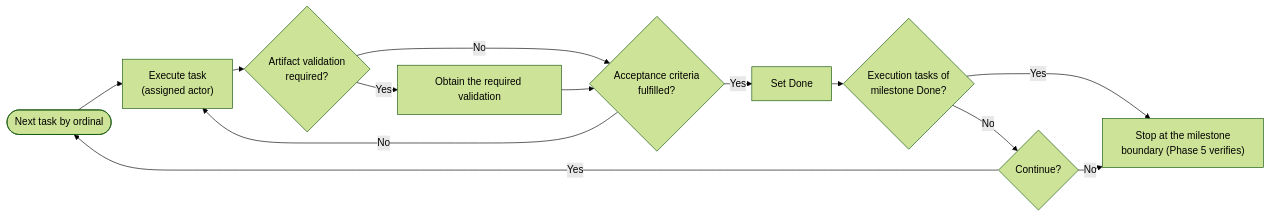
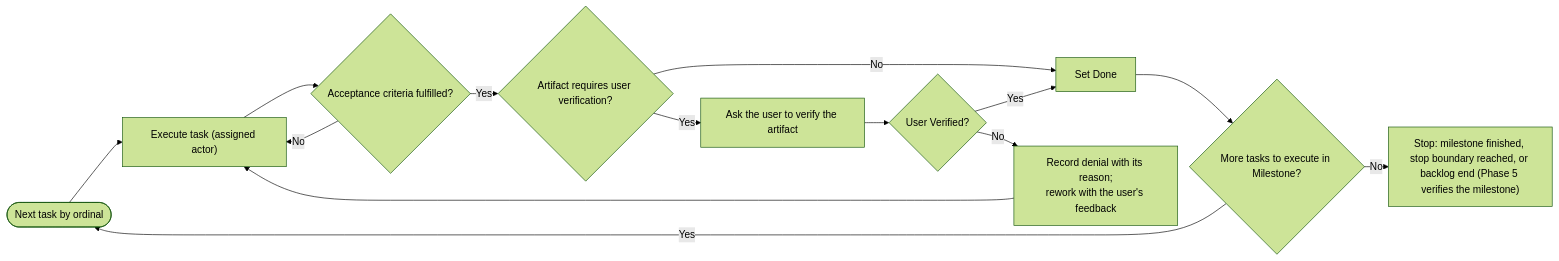
The diagram in workflows/orchestrator/4-Implementation.md (lyndametref/opencode-dev-workflow), drawn with Mermaid (forest theme) before and after one commit. The commit also changed other lines of this file and 7 other files, not shown here.

````diff
--- a/workflows/orchestrator/4-Implementation.md
+++ b/workflows/orchestrator/4-Implementation.md
@@ -28,16 +28,17 @@
 ```mermaid
 %%{init: {"flowchart": {"nodeSpacing": 10, "rankSpacing": 18}}}%%
 flowchart LR
-    SEL([Next task by ordinal]) --> RUN["Execute task<br/>(assigned actor)"]
-    RUN --> VG{"Artifact validation<br/>required?"}
-    VG -->|"Yes"| VAL["Obtain the required validation"]
-    VG -->|"No"| AC{"Acceptance criteria<br/>fulfilled?"}
-    VAL --> AC
+    SEL([Next task by ordinal]) --> RUN["Execute task (assigned actor)"]
+    RUN --> AC{"Acceptance criteria fulfilled?"}
     AC -->|"No"| RUN
-    AC -->|"Yes"| DONE["Set Done"]
-    DONE --> MS{"Execution tasks of<br/>milestone Done?"}
-    MS -->|"Yes"| STOP["Stop at the milestone<br/>boundary (Phase 5 verifies)"]
-    MS -->|"No"| CONT{"Continue?"}
-    CONT -->|"Yes"| SEL
-    CONT -->|"No"| STOP
+    AC -->|"Yes"| NEED{"Artifact requires user verification?"}
+    NEED -->|"No"| DONE["Set Done"]
+    NEED -->|"Yes"| ASK["Ask the user to verify the artifact"]
+    ASK --> VOK{"User Verified?"}
+    VOK -->|"No"| REWORK["Record denial with its reason;<br/>rework with the user's feedback"]
+    REWORK --> RUN
+    VOK -->|"Yes"| DONE
+    DONE --> MORE{"More tasks to execute in Milestone?"}
+    MORE -->|"Yes"| SEL
+    MORE -->|"No"| STOP["Stop: milestone finished, stop boundary reached, or backlog end (Phase 5 verifies the milestone)"]
 ```
````
